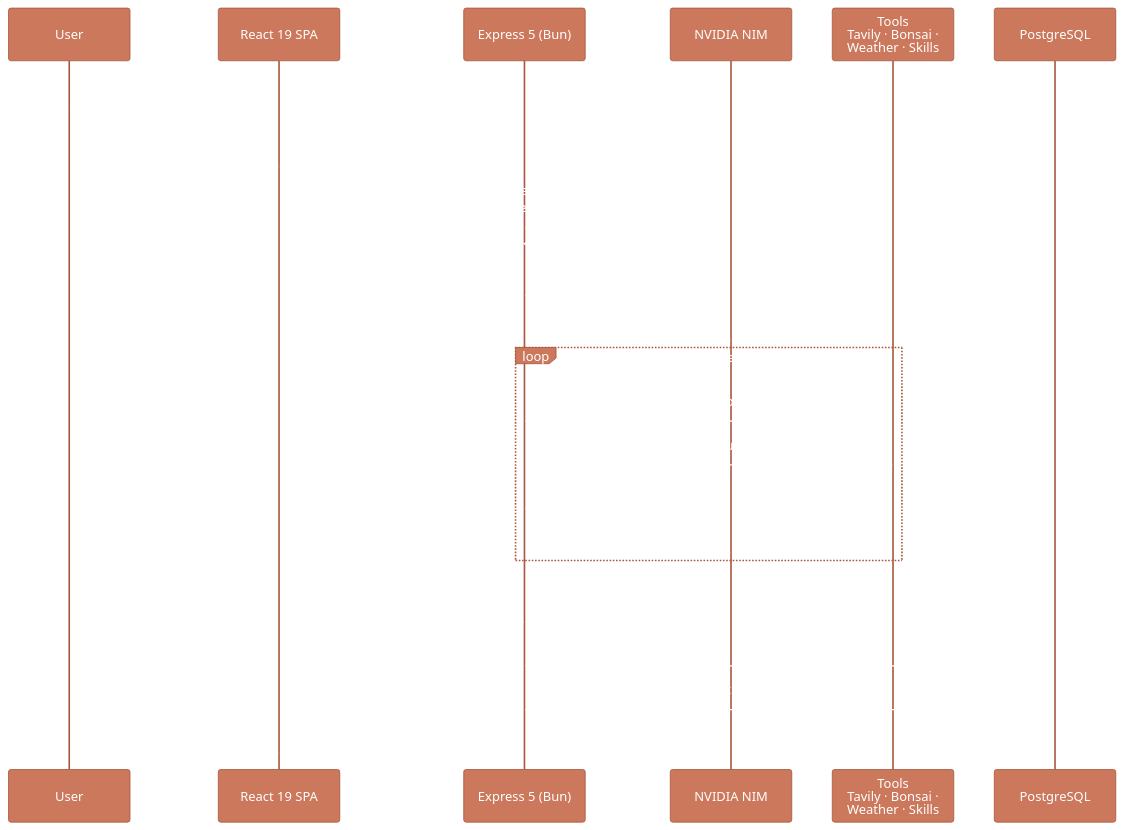
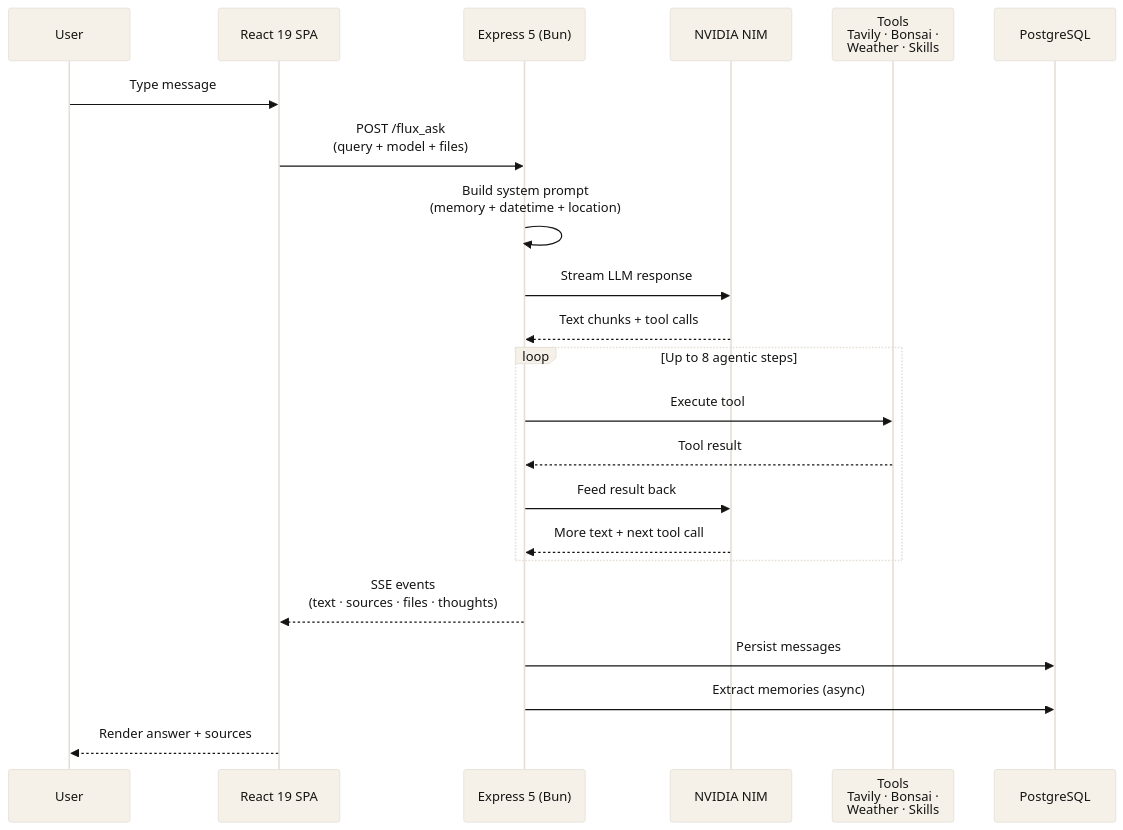
One commit to shounakjoshi88-a11y/Flux changed the second of 2 diagrams in README.md. Above: the diagram before and after it, drawn with Mermaid. The commit also changed other lines of this file, not shown here.

````diff
--- a/README.md
+++ b/README.md
@@ -417,45 +417,45 @@
 ```mermaid
 %%{init: {
   'theme': 'base',
   'themeVariables': {
     'background': '#faf9f5',
-    'primaryColor': '#cc785c',
-    'primaryBorderColor': '#a9583e',
-    'primaryTextColor': '#ffffff',
+    'primaryColor': '#f5f0e8',
+    'primaryBorderColor': '#e6dfd8',
+    'primaryTextColor': '#141413',
     'secondaryColor': '#efe9de',
     'secondaryBorderColor': '#e6dfd8',
     'secondaryTextColor': '#141413',
-    'tertiaryColor': '#181715',
-    'tertiaryBorderColor': '#252320',
-    'tertiaryTextColor': '#faf9f5',
-    'lineColor': '#6c6a64',
+    'tertiaryColor': '#faf9f5',
+    'tertiaryBorderColor': '#e6dfd8',
+    'tertiaryTextColor': '#141413',
+    'lineColor': '#8e8b82',
     'fontFamily': 'Inter, sans-serif',
     'fontSize': '13px'
   }
 }}%%
 sequenceDiagram
     participant User as User
     participant FE as React 19 SPA
     participant BE as Express 5 (Bun)
     participant LLM as NVIDIA NIM
     participant Tools as Tools<br/>Tavily · Bonsai ·<br/>Weather · Skills
     participant DB as PostgreSQL
 
     User->>FE: Type message
     FE->>BE: POST /flux_ask<br/>(query + model + files)
     BE->>BE: Build system prompt<br/>(memory + datetime + location)
     BE->>LLM: Stream LLM response
     LLM-->>BE: Text chunks + tool calls
 
     loop Up to 8 agentic steps
         BE->>Tools: Execute tool
         Tools-->>BE: Tool result
         BE->>LLM: Feed result back
         LLM-->>BE: More text + next tool call
     end
 
     BE-->>FE: SSE events<br/>(text · sources · files · thoughts)
     BE->>DB: Persist messages
     BE->>DB: Extract memories (async)
     FE-->>User: Render answer + sources
 ```
````
